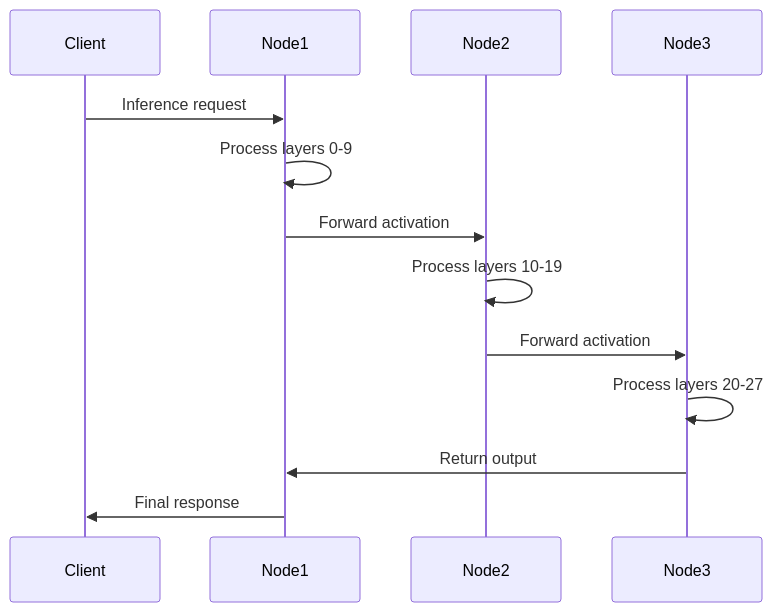
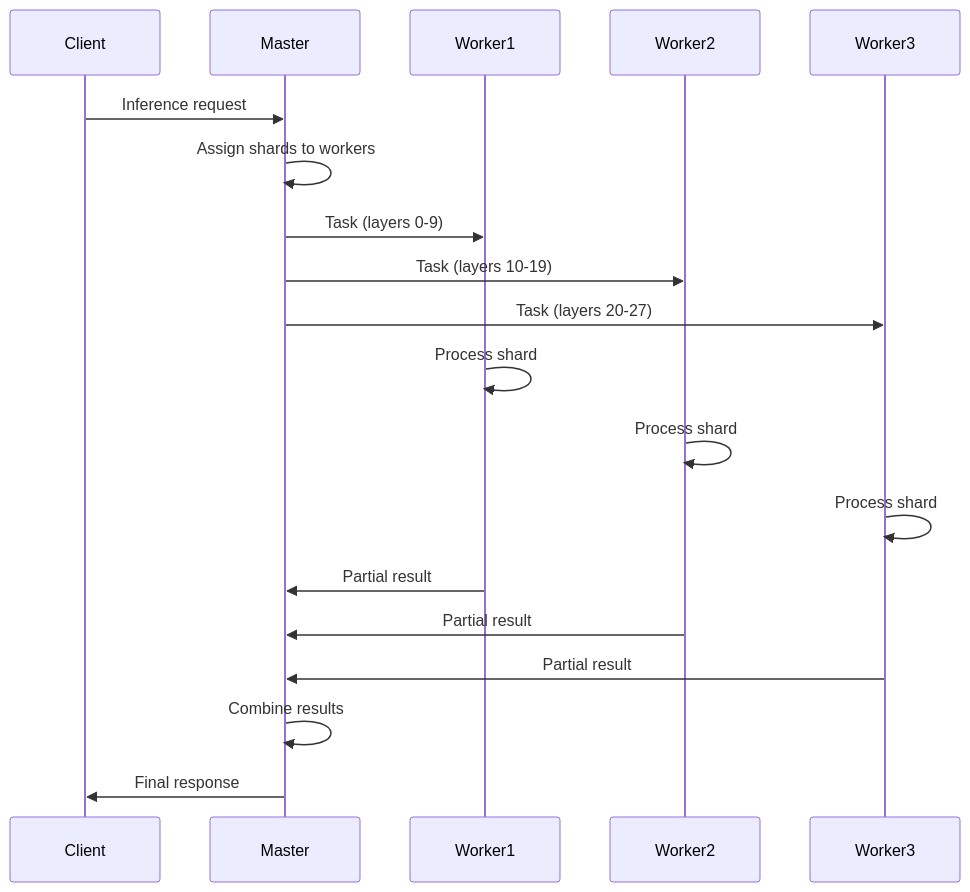
One commit to celesrenata/exo changed the fourth of 4 diagrams in .kiro/specs/pytorch-ipex-intel-arc/design.md. Above: the diagram before and after it, drawn with Mermaid. The commit also changed other lines of this file and 117 other files, not shown here.

````diff
--- a/.kiro/specs/pytorch-ipex-intel-arc/design.md
+++ b/.kiro/specs/pytorch-ipex-intel-arc/design.md
@@ -336,16 +360,22 @@
 ```mermaid
 sequenceDiagram
     participant Client
-    participant Node1
-    participant Node2
-    participant Node3
+    participant Master
+    participant Worker1
+    participant Worker2
+    participant Worker3
     
-    Client->>Node1: Inference request
-    Node1->>Node1: Process layers 0-9
-    Node1->>Node2: Forward activation
-    Node2->>Node2: Process layers 10-19
-    Node2->>Node3: Forward activation
-    Node3->>Node3: Process layers 20-27
-    Node3->>Node1: Return output
-    Node1->>Client: Final response
+    Client->>Master: Inference request
+    Master->>Master: Assign shards to workers
+    Master->>Worker1: Task (layers 0-9)
+    Master->>Worker2: Task (layers 10-19)
+    Master->>Worker3: Task (layers 20-27)
+    Worker1->>Worker1: Process shard
+    Worker2->>Worker2: Process shard
+    Worker3->>Worker3: Process shard
+    Worker1->>Master: Partial result
+    Worker2->>Master: Partial result
+    Worker3->>Master: Partial result
+    Master->>Master: Combine results
+    Master->>Client: Final response
 ```
````
